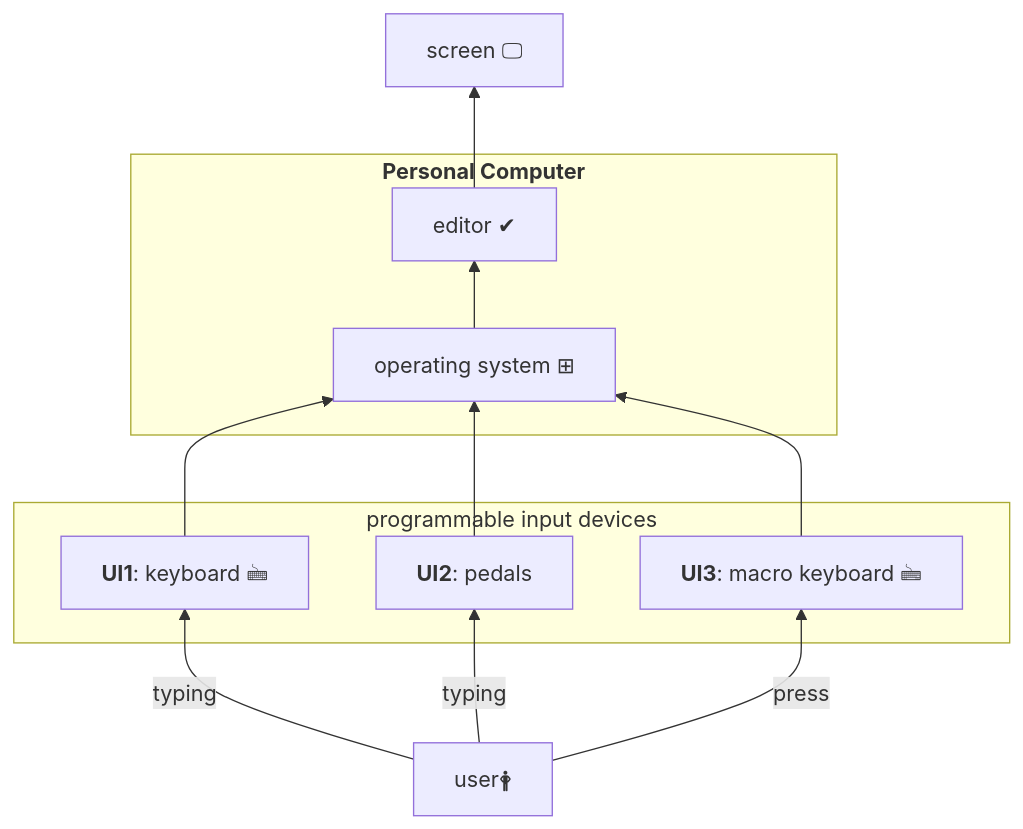
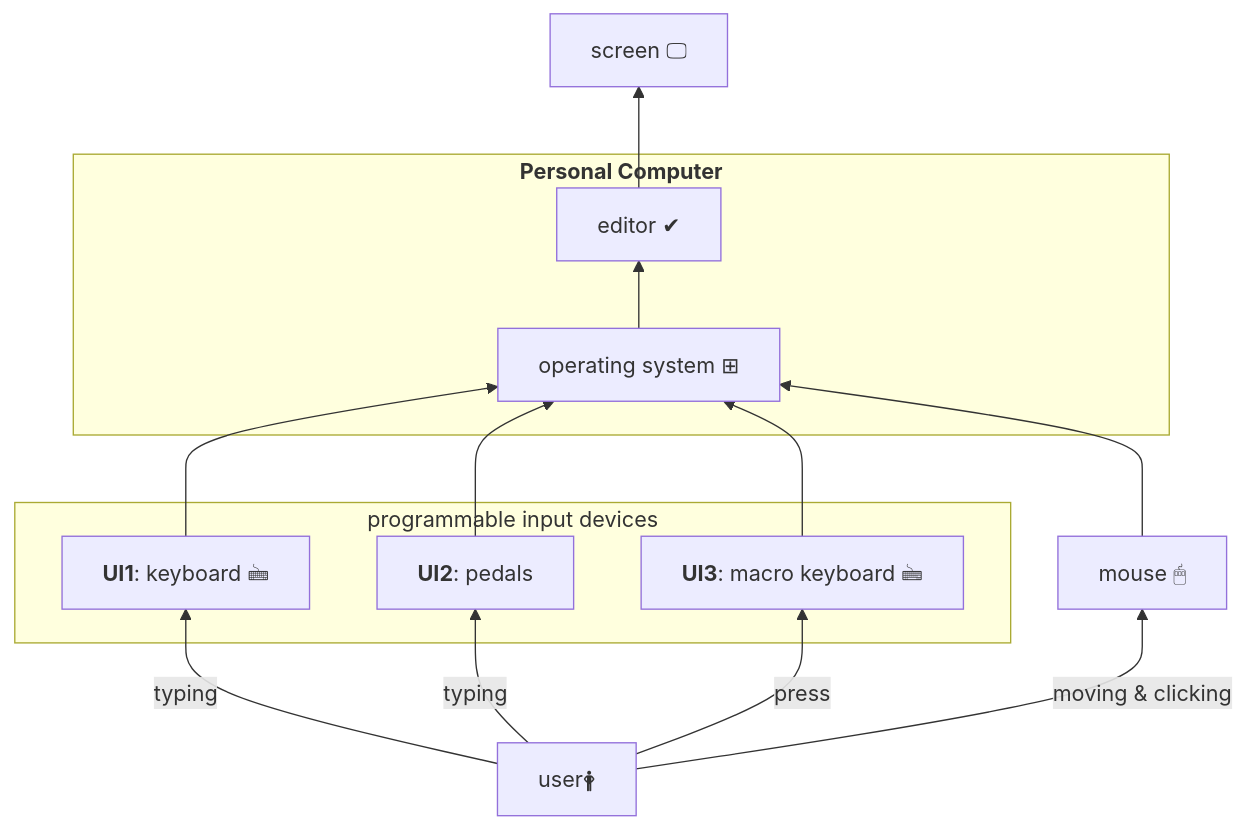
One commit to mslonik/mslonik changed the third of 4 diagrams in BlockDiagrams_VSC.md. Above: the diagram before and after it, drawn with Mermaid. The commit also changed other lines of this file, not shown here.

````diff
--- a/BlockDiagrams_VSC.md
+++ b/BlockDiagrams_VSC.md
@@ -90,32 +129,34 @@
 ```mermaid
 %% hybrid approach 1
 flowchart BT
 	user["user🛉"]
 	keyboard["`**UI1**: keyboard 🖮`"]
+	mouse["`mouse 🖱`"]
 	pedals["`**UI2**: pedals`"]
-    MacroKeyboard["`**UI3**: macro keyboard 🖮`"] 
+	MacroKeyboard["`**UI3**: macro keyboard 🖮`"] 
 	screen["screen 🖵"] 
 	OperatingSystem["operating system ⊞"]
 	editor["editor ✔"]
 
-    user	-->	 |typing| keyboard
-    user	-->	 |typing| pedals
-    user    -->  |press| MacroKeyboard
+	user	-->	|typing| keyboard
+	user	-->	|moving & clicking| mouse
+	user	-->	|typing| pedals
+	user -->	|press| MacroKeyboard
     
-    subgraph programmable input devices
-        keyboard
-        pedals
-        MacroKeyboard
-    end
+	subgraph programmable input devices
+		keyboard
+		pedals
+		MacroKeyboard
+	end
 
-    subgraph "`**Personal Computer**`"
-        
-        OperatingSystem		--> 	editor
-    end
+	subgraph "`**Personal Computer**`"
+		OperatingSystem		--> 	editor
+	end
 
-        keyboard			--> 	OperatingSystem
-        pedals 				--> 	OperatingSystem
-        MacroKeyboard       -->     OperatingSystem
+     keyboard		--> 	OperatingSystem
+     pedals 		--> 	OperatingSystem
+     MacroKeyboard  -->	OperatingSystem
+	mouse		-->	OperatingSystem
 
-    editor	--> screen
+	editor		-->	screen
 ```
````
